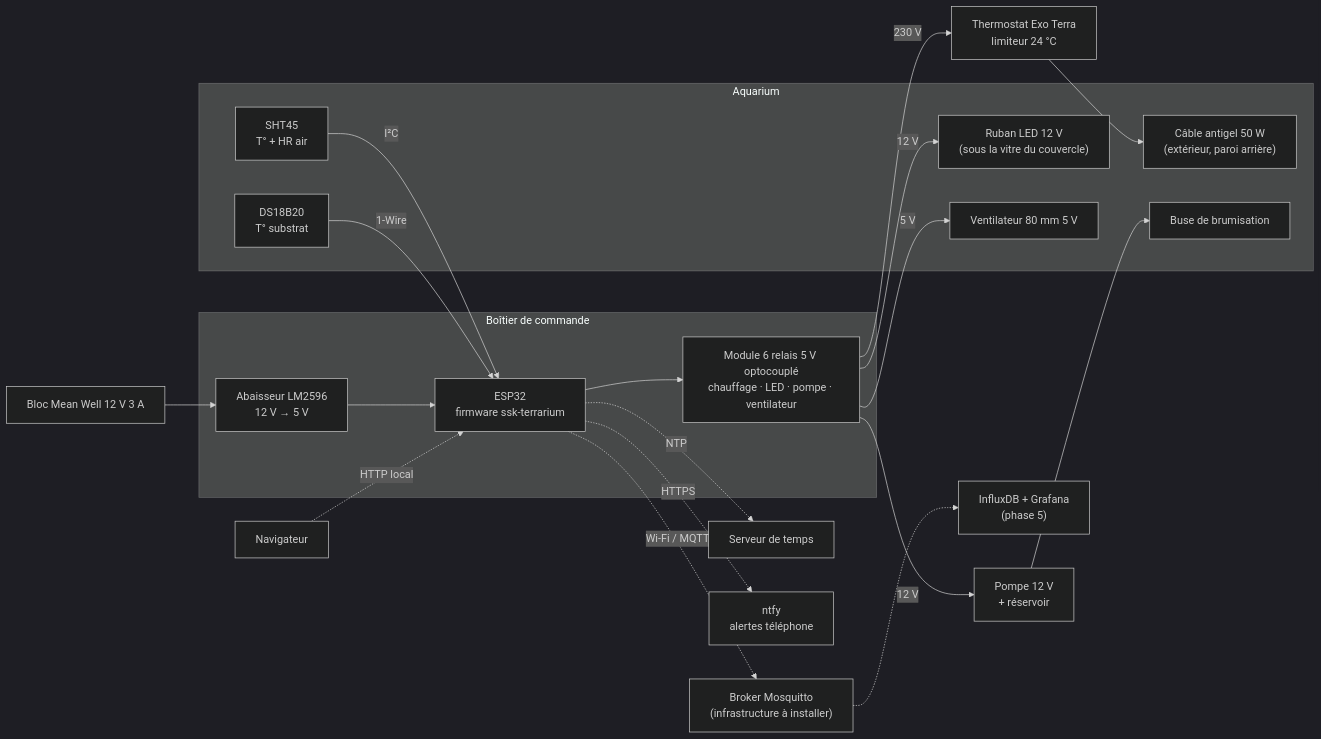
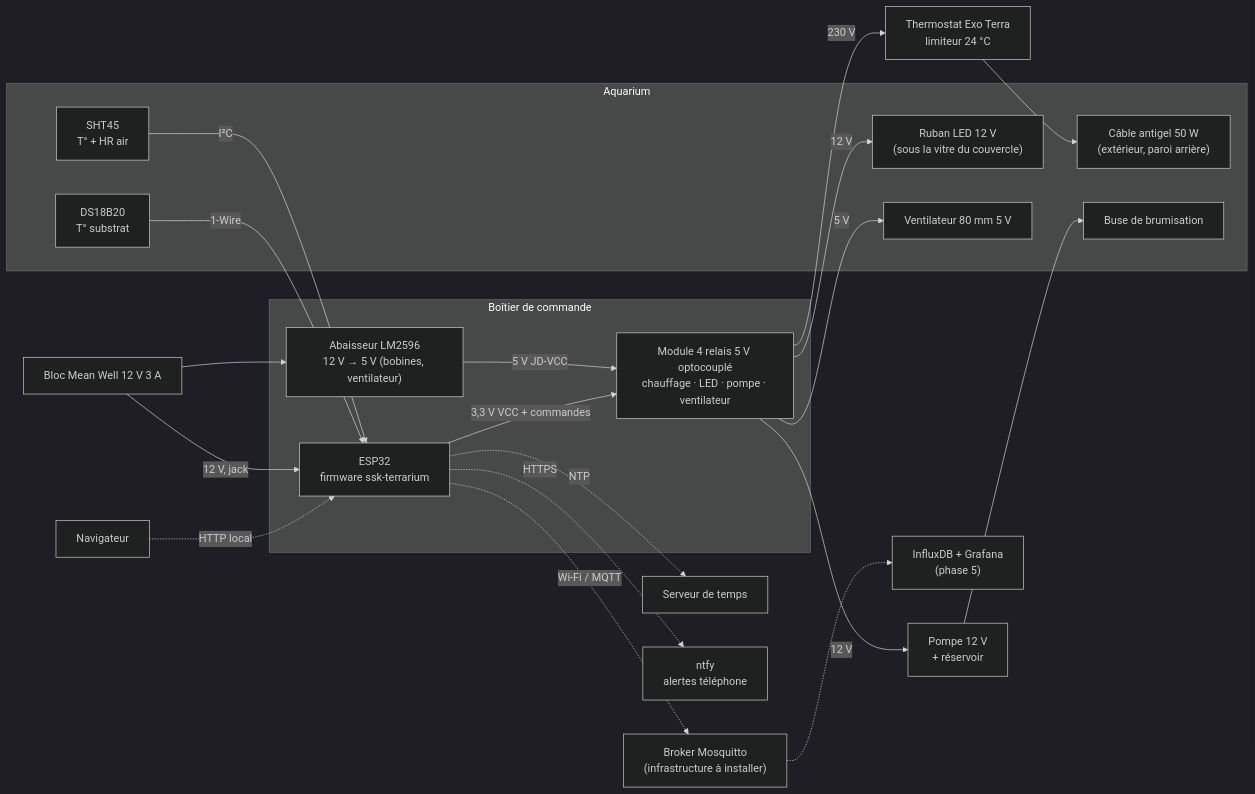
Before and after one commit to ssk-it/ssk-terrarium-cadrage: the diagram in cadrages/2026-001/cadrage.md, drawn with Mermaid (dark theme). The commit also changed other lines of this file and 1 other file, not shown here.

````diff
--- a/cadrages/2026-001/cadrage.md
+++ b/cadrages/2026-001/cadrage.md
@@ -89,37 +89,38 @@
 ```mermaid
 flowchart LR
     subgraph Bac["Aquarium"]
         SHT["SHT45<br/>T° + HR air"]
         DS["DS18B20<br/>T° substrat"]
         CAB["Câble antigel 50 W<br/>(extérieur, paroi arrière)"]
         LED["Ruban LED 12 V<br/>(sous la vitre du couvercle)"]
         BUSE["Buse de brumisation"]
         VENT["Ventilateur 80 mm 5 V"]
     end
 
     subgraph Boitier["Boîtier de commande"]
         ESP["ESP32<br/>firmware ssk-terrarium"]
-        REL["Module 6 relais 5 V optocouplé<br/>chauffage · LED · pompe · ventilateur"]
-        BUCK["Abaisseur LM2596<br/>12 V → 5 V"]
+        REL["Module 4 relais 5 V optocouplé<br/>chauffage · LED · pompe · ventilateur"]
+        BUCK["Abaisseur LM2596<br/>12 V → 5 V (bobines, ventilateur)"]
     end
 
     ALIM["Bloc Mean Well 12 V 3 A"]
 
     LIM["Thermostat Exo Terra<br/>limiteur 24 °C"]
     POMPE["Pompe 12 V<br/>+ réservoir"]
 
     SHT -- I²C --> ESP
     DS -- 1-Wire --> ESP
-    ALIM --> BUCK --> ESP
-    ESP --> REL
+    ALIM -- 12 V, jack --> ESP
+    ALIM --> BUCK -- 5 V JD-VCC --> REL
+    ESP -- 3,3 V VCC + commandes --> REL
     REL -- 230 V --> LIM --> CAB
     REL -- 12 V --> LED
     REL -- 12 V --> POMPE --> BUSE
     REL -- 5 V --> VENT
 
     ESP -. Wi-Fi / MQTT .-> MQTT["Broker Mosquitto<br/>(infrastructure à installer)"]
     ESP -. NTP .-> NTP["Serveur de temps"]
     MQTT -.-> TSDB["InfluxDB + Grafana<br/>(phase 5)"]
     ESP -. HTTPS .-> NTFY["ntfy<br/>alertes téléphone"]
     USER["Navigateur"] -. HTTP local .-> ESP
 ```
````
